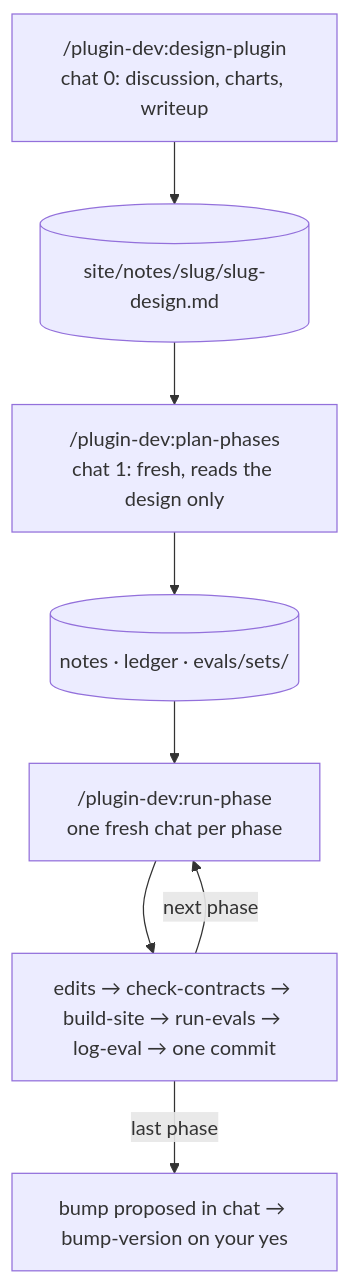
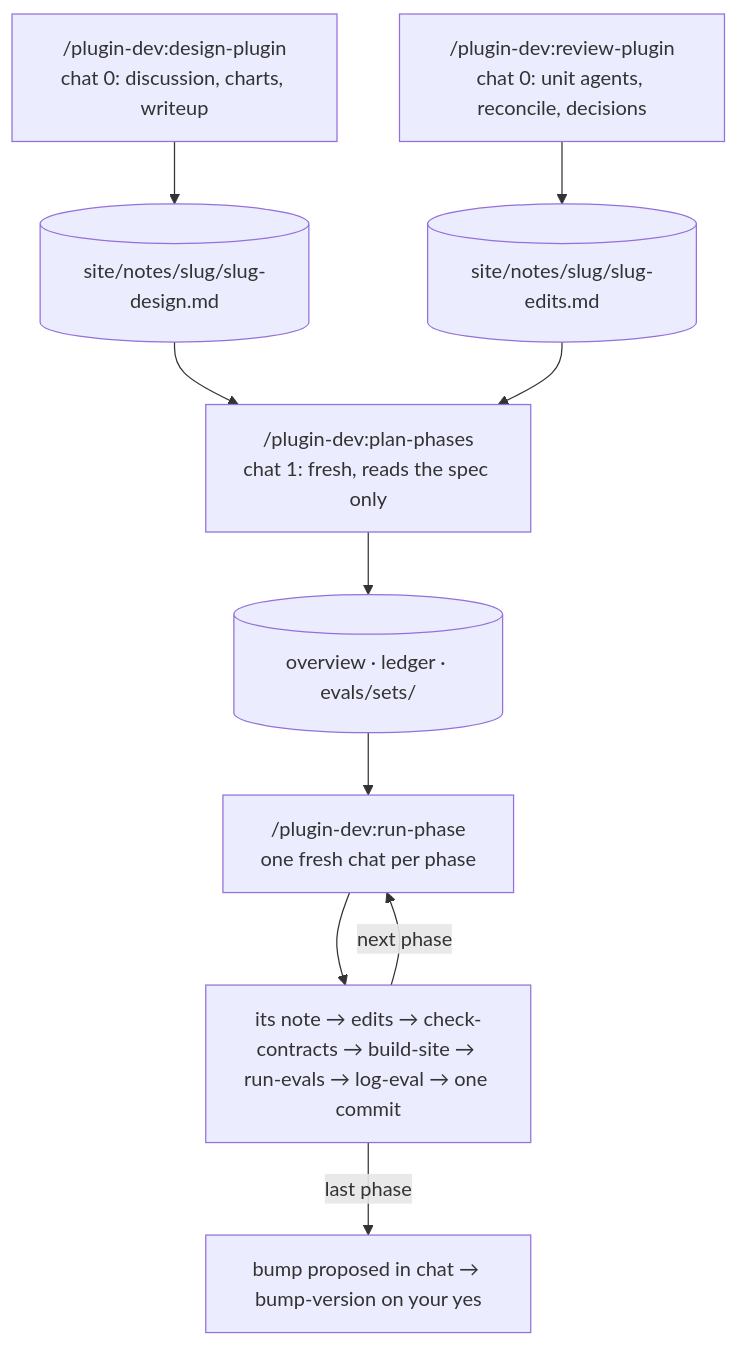
Before and after one commit to cott435/cott-plugins: the second of 2 diagrams in plugin-dev/site/flow.md, drawn with Mermaid. The commit also changed other lines of this file and 49 other files, not shown here.

````diff
--- a/plugin-dev/site/flow.md
+++ b/plugin-dev/site/flow.md
@@ -43,10 +49,12 @@
 ```mermaid
 flowchart TD
   A["/plugin-dev:design-plugin<br/>chat 0: discussion, charts, writeup"] --> D[("site/notes/slug/slug-design.md")]
-  D --> B["/plugin-dev:plan-phases<br/>chat 1: fresh, reads the design only"]
-  B --> N[("notes · ledger · evals/sets/")]
+  R["/plugin-dev:review-plugin<br/>chat 0: unit agents, reconcile, decisions"] --> L[("site/notes/slug/slug-edits.md")]
+  D --> B["/plugin-dev:plan-phases<br/>chat 1: fresh, reads the spec only"]
+  L --> B
+  B --> N[("overview · ledger · evals/sets/")]
   N --> C["/plugin-dev:run-phase<br/>one fresh chat per phase"]
-  C --> Q["edits → check-contracts → build-site → run-evals → log-eval → one commit"]
+  C --> Q["its note → edits → check-contracts → build-site → run-evals → log-eval → one commit"]
   Q -->|next phase| C
   Q -->|last phase| V["bump proposed in chat → bump-version on your yes"]
 ```
````
